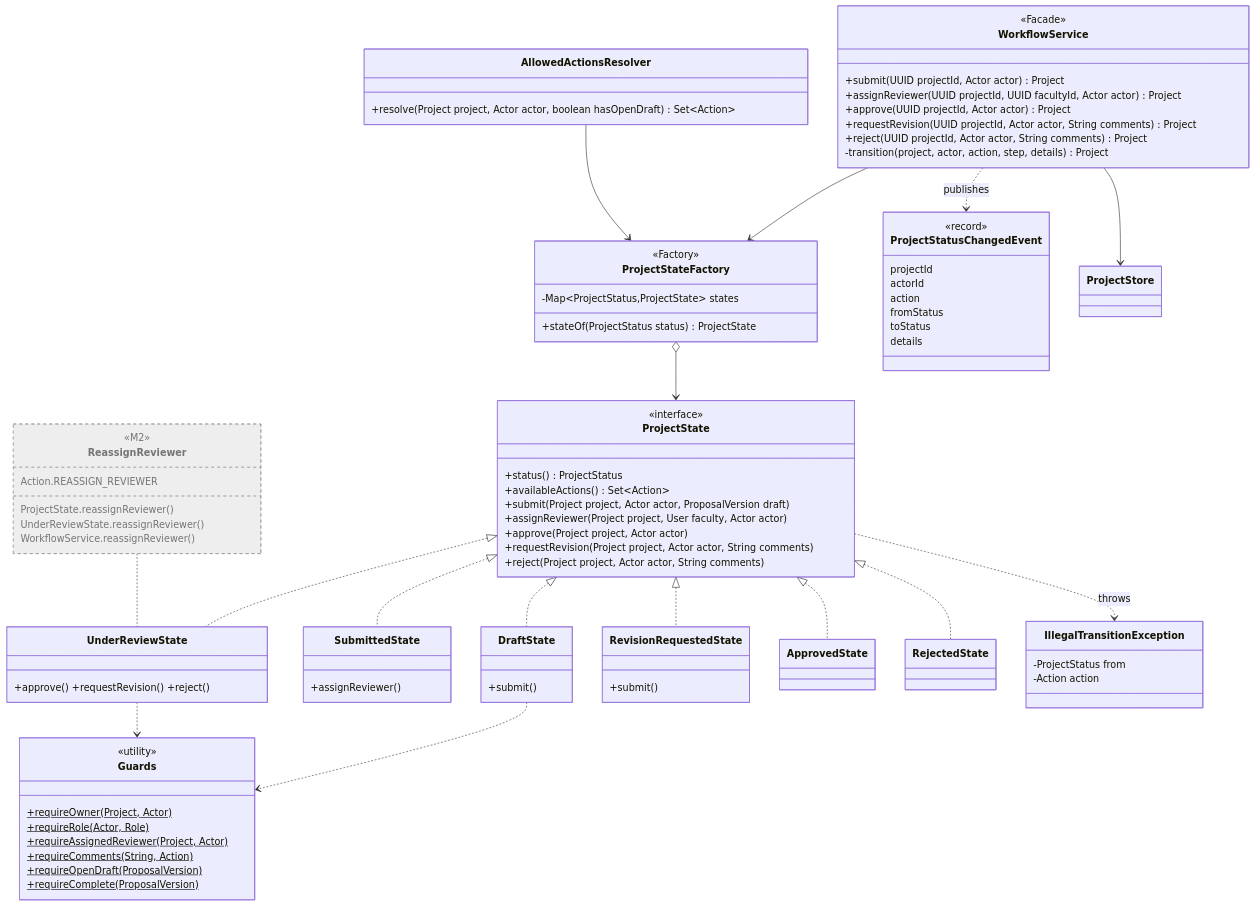
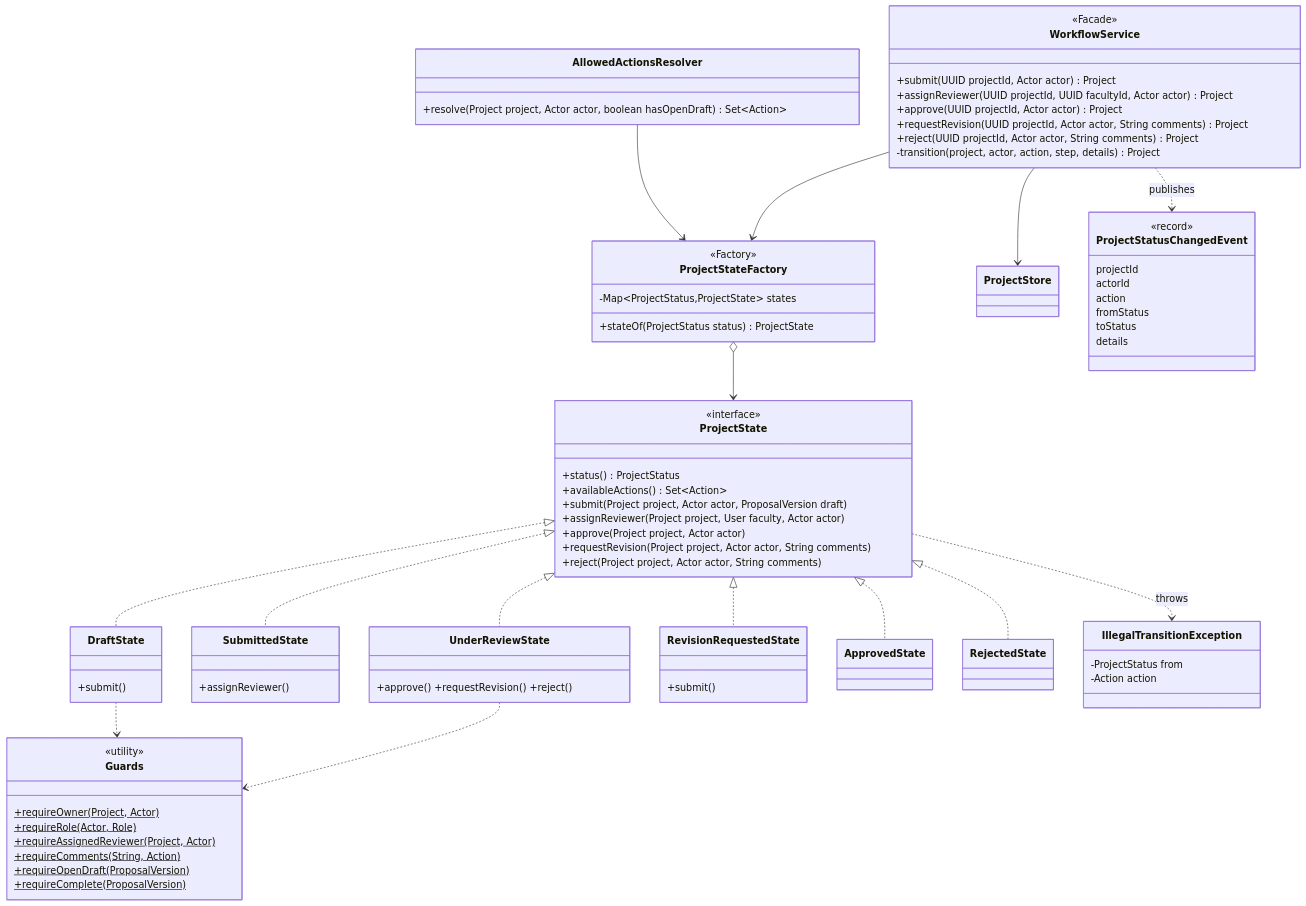
The third of 11 diagrams in docs/diagrams.md (udita-0707/Prastaav), drawn with Mermaid before and after one commit. The commit also changed other lines of this file and 9 other files, not shown here.

Commit message:
docs(uml): keep only implemented elements in PlantUML and Mermaid diagrams

````diff
--- a/docs/diagrams.md
+++ b/docs/diagrams.md
@@ -223,82 +216,72 @@
 ```mermaid
 classDiagram
   class ProjectState {
     <<interface>>
     +status() ProjectStatus
     +availableActions() Set~Action~
     +submit(Project project, Actor actor, ProposalVersion draft)
     +assignReviewer(Project project, User faculty, Actor actor)
     +approve(Project project, Actor actor)
     +requestRevision(Project project, Actor actor, String comments)
     +reject(Project project, Actor actor, String comments)
   }
   class DraftState { +submit() }
   class SubmittedState { +assignReviewer() }
   class UnderReviewState { +approve() +requestRevision() +reject() }
   class RevisionRequestedState { +submit() }
   class ApprovedState
   class RejectedState
   ProjectState <|.. DraftState
   ProjectState <|.. SubmittedState
   ProjectState <|.. UnderReviewState
   ProjectState <|.. RevisionRequestedState
   ProjectState <|.. ApprovedState
   ProjectState <|.. RejectedState
   class ProjectStateFactory {
     <<Factory>>
     -Map~ProjectStatus,ProjectState~ states
     +stateOf(ProjectStatus status) ProjectState
   }
   class WorkflowService {
     <<Facade>>
     +submit(UUID projectId, Actor actor) Project
     +assignReviewer(UUID projectId, UUID facultyId, Actor actor) Project
     +approve(UUID projectId, Actor actor) Project
     +requestRevision(UUID projectId, Actor actor, String comments) Project
     +reject(UUID projectId, Actor actor, String comments) Project
     -transition(project, actor, action, step, details) Project
   }
   class Guards {
     <<utility>>
     +requireOwner(Project, Actor)$
     +requireRole(Actor, Role)$
     +requireAssignedReviewer(Project, Actor)$
     +requireComments(String, Action)$
     +requireOpenDraft(ProposalVersion)$
     +requireComplete(ProposalVersion)$
   }
   class AllowedActionsResolver {
     +resolve(Project project, Actor actor, boolean hasOpenDraft) Set~Action~
   }
   class IllegalTransitionException {
     -ProjectStatus from
     -Action action
   }
   class ProjectStatusChangedEvent {
     <<record>>
     projectId
     actorId
     action
     fromStatus
     toStatus
     details
   }
-  class ReassignReviewer {
-    <<M2>>
-    ProjectState.reassignReviewer()
-    UnderReviewState.reassignReviewer()
-    WorkflowService.reassignReviewer()
-    Action.REASSIGN_REVIEWER
-  }
   ProjectStateFactory o--> ProjectState
   WorkflowService --> ProjectStateFactory
   WorkflowService --> ProjectStore
   WorkflowService ..> ProjectStatusChangedEvent : publishes
   AllowedActionsResolver --> ProjectStateFactory
   ProjectState ..> IllegalTransitionException : throws
   DraftState ..> Guards
   UnderReviewState ..> Guards
-  ReassignReviewer .. UnderReviewState
-  classDef m2 fill:#eeeeee,stroke:#9e9e9e,stroke-dasharray:5 5,color:#757575
-  style ReassignReviewer fill:#eeeeee,stroke:#9e9e9e,stroke-dasharray:5 5,color:#757575
 ```
````
